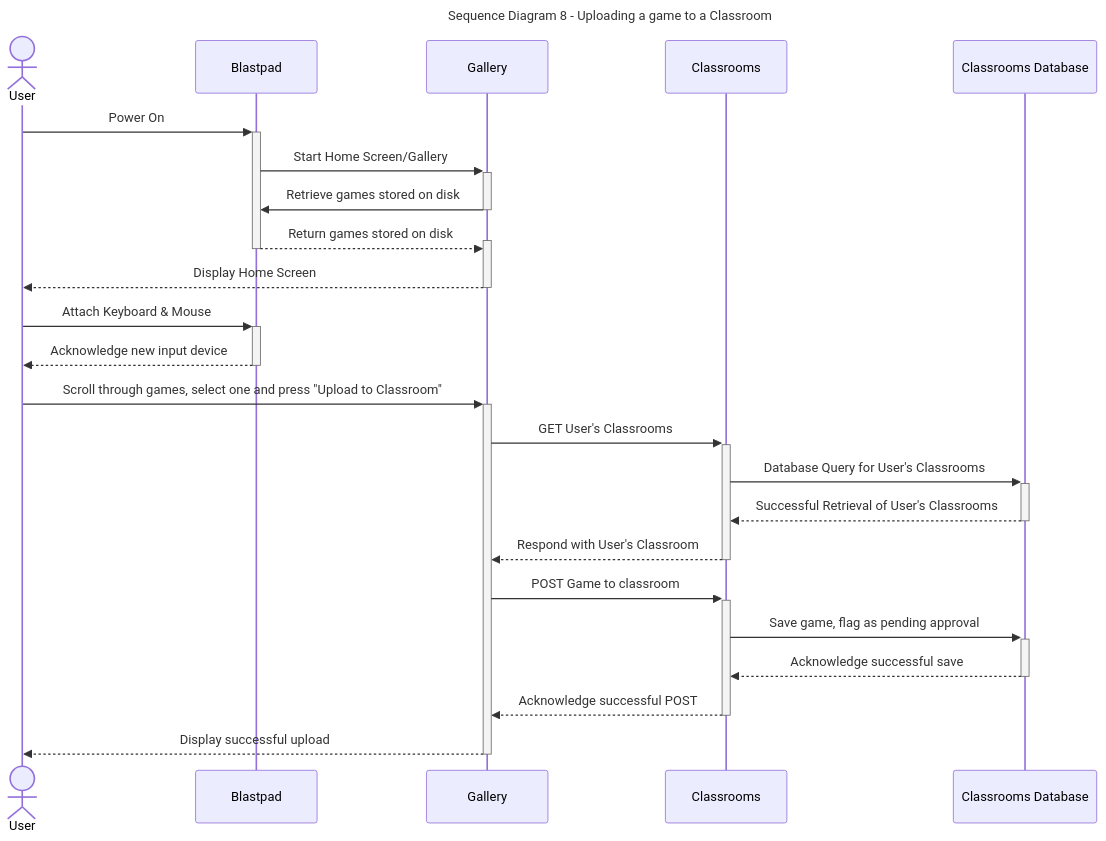
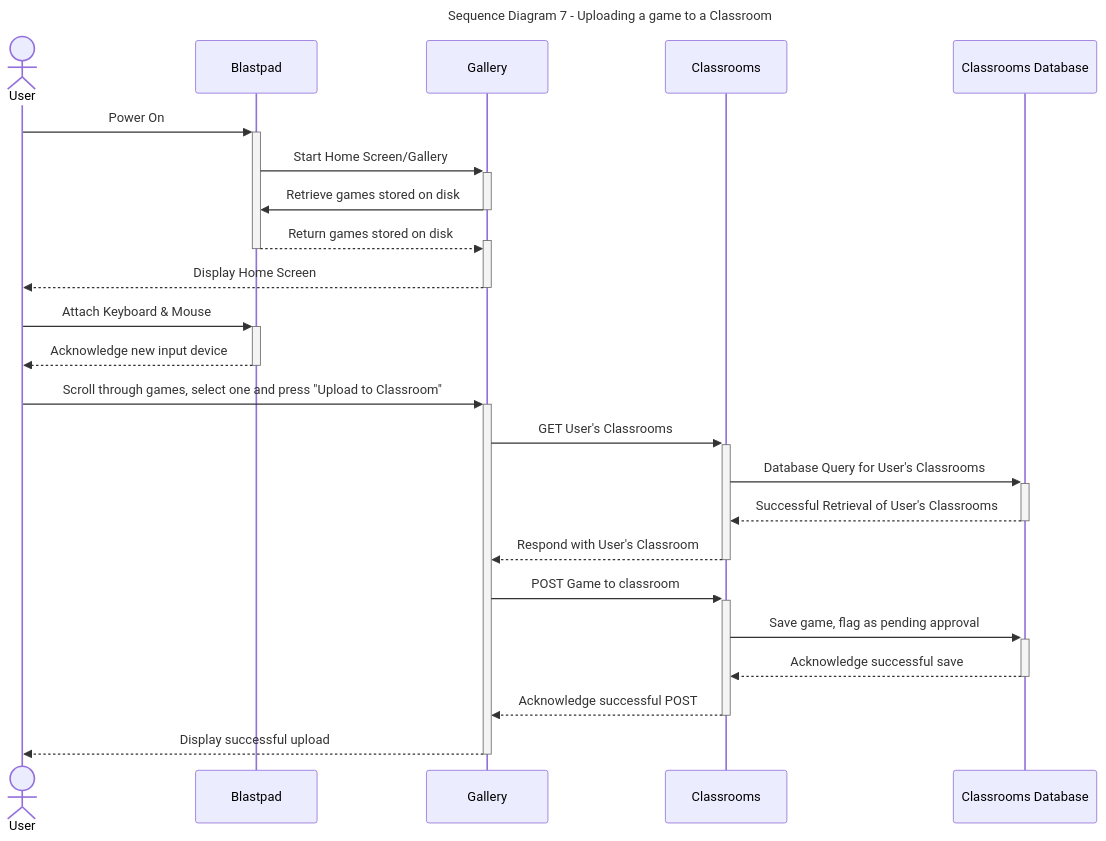
Before and after one commit to Capstone-Projects-2024-Spring/project-blastpad: the seventh of 9 diagrams in documentation/docs/system-architecture/sequence-diagrams.md, drawn with Mermaid. The commit also changed other lines of this file, not shown here.

Commit message:
Updated Use Case 11 and its sequence diagram. Renumbered the use cases.

````diff
--- a/documentation/docs/system-architecture/sequence-diagrams.md
+++ b/documentation/docs/system-architecture/sequence-diagrams.md
@@ -268,31 +268,31 @@
 ```mermaid
 ---
-title: "Sequence Diagram 8 - Uploading a game to a Classroom"
+title: "Sequence Diagram 7 - Uploading a game to a Classroom"
 ---
 
 sequenceDiagram
 actor User
 User->>+Blastpad: Power On
 Blastpad->>+Gallery: Start Home Screen/Gallery
 Gallery->>-Blastpad: Retrieve games stored on disk
 Blastpad-->>+Gallery: Return games stored on disk
 deactivate Blastpad	
 Gallery-->>-User: Display Home Screen
 
 User->>+Blastpad: Attach Keyboard & Mouse
 Blastpad-->>-User: Acknowledge new input device
 
 
 User->>+Gallery: Scroll through games, select one and press "Upload to Classroom"
 
 Gallery->>+Classrooms: GET User's Classrooms
 Classrooms->>+Classrooms Database: Database Query for User's Classrooms
 Classrooms Database-->>-Classrooms: Successful Retrieval of User's Classrooms
 Classrooms-->>-Gallery: Respond with User's Classroom
 Gallery->>+Classrooms: POST Game to classroom
 Classrooms->>+Classrooms Database: Save game, flag as pending approval
 Classrooms Database-->>-Classrooms: Acknowledge successful save
 Classrooms-->>-Gallery: Acknowledge successful POST
 Gallery-->>-User: Display successful upload
 
 ```
````
